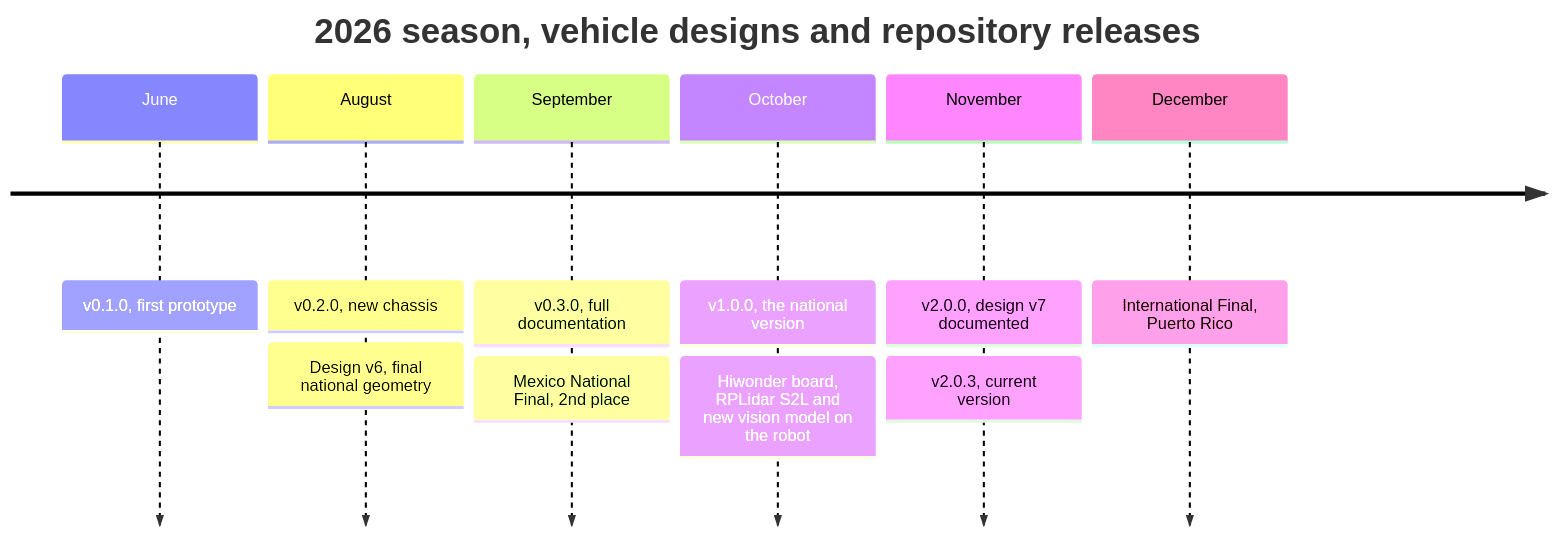
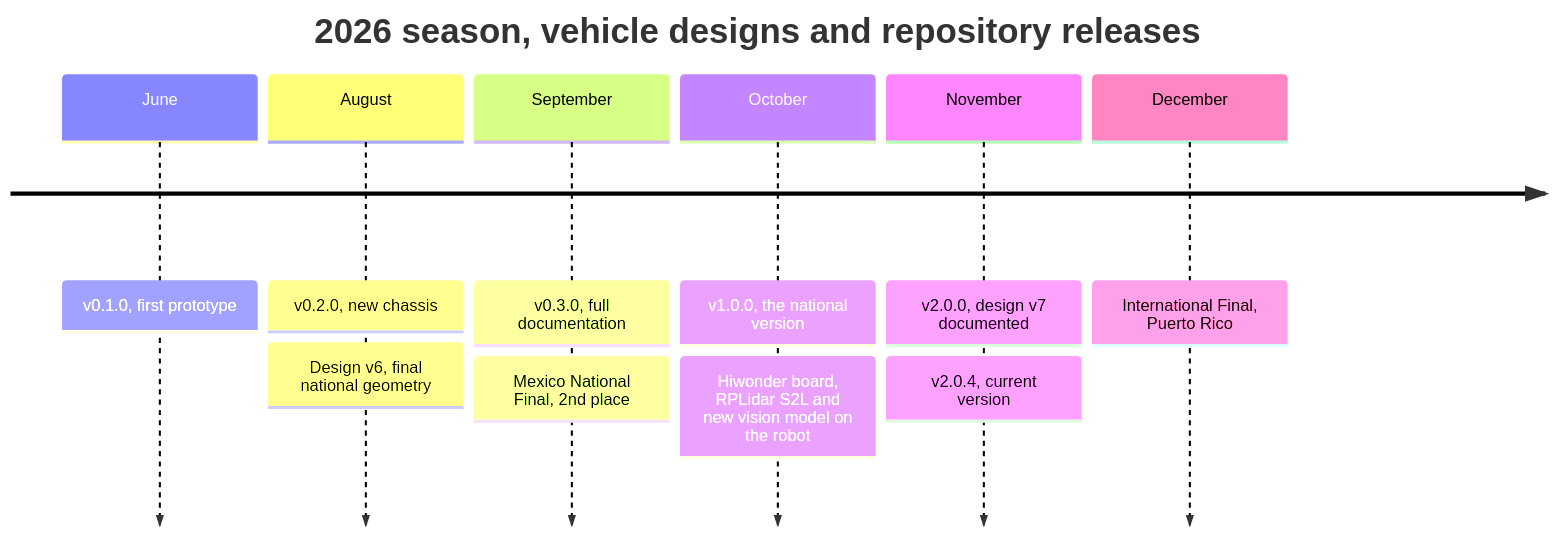
The seventh of 7 diagrams in README.md (alex309-duarte/WRO_Future_Engineers_Queretaro_CSS), drawn with Mermaid before and after one commit. The commit also changed other lines of this file and 15 other files, not shown here.

````diff
--- a/README.md
+++ b/README.md
@@ -1723,10 +1735,10 @@
 ```mermaid
 timeline
     title 2026 season, vehicle designs and repository releases
     June : v0.1.0, first prototype
     August : v0.2.0, new chassis : Design v6, final national geometry
     September : v0.3.0, full documentation : Mexico National Final, 2nd place
     October : v1.0.0, the national version : Hiwonder board, RPLidar S2L and new vision model on the robot
-    November : v2.0.0, design v7 documented : v2.0.3, current version
+    November : v2.0.0, design v7 documented : v2.0.4, current version
     December : International Final, Puerto Rico
 ```
````
